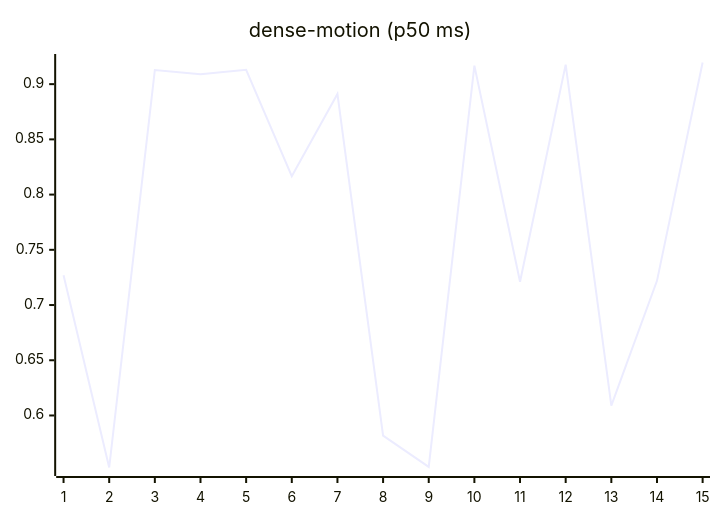
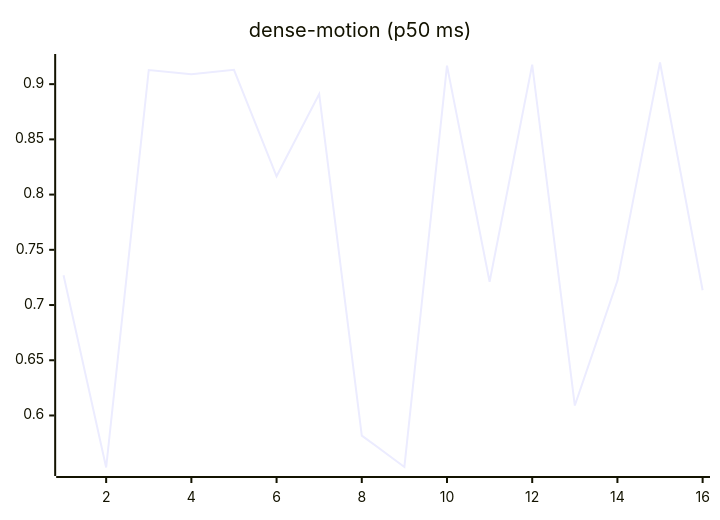
Before and after one commit to josha/Facet: the ninth of 27 diagrams in README.md, drawn with Mermaid. The commit also changed other lines of this file and 2 other files, not shown here.

````diff
--- a/README.md
+++ b/README.md
@@ -119,6 +119,6 @@
 ```mermaid
 xychart-beta
     title "dense-motion (p50 ms)"
-    x-axis 1 --> 15
-    line [0.7269, 0.5529, 0.9128, 0.9089, 0.9130, 0.8166, 0.8911, 0.5818, 0.5534, 0.9168, 0.7211, 0.9177, 0.6090, 0.7219, 0.9196]
+    x-axis 1 --> 16
+    line [0.7269, 0.5529, 0.9128, 0.9089, 0.9130, 0.8166, 0.8911, 0.5818, 0.5534, 0.9168, 0.7211, 0.9177, 0.6090, 0.7219, 0.9196, 0.7134]
 ```
````
